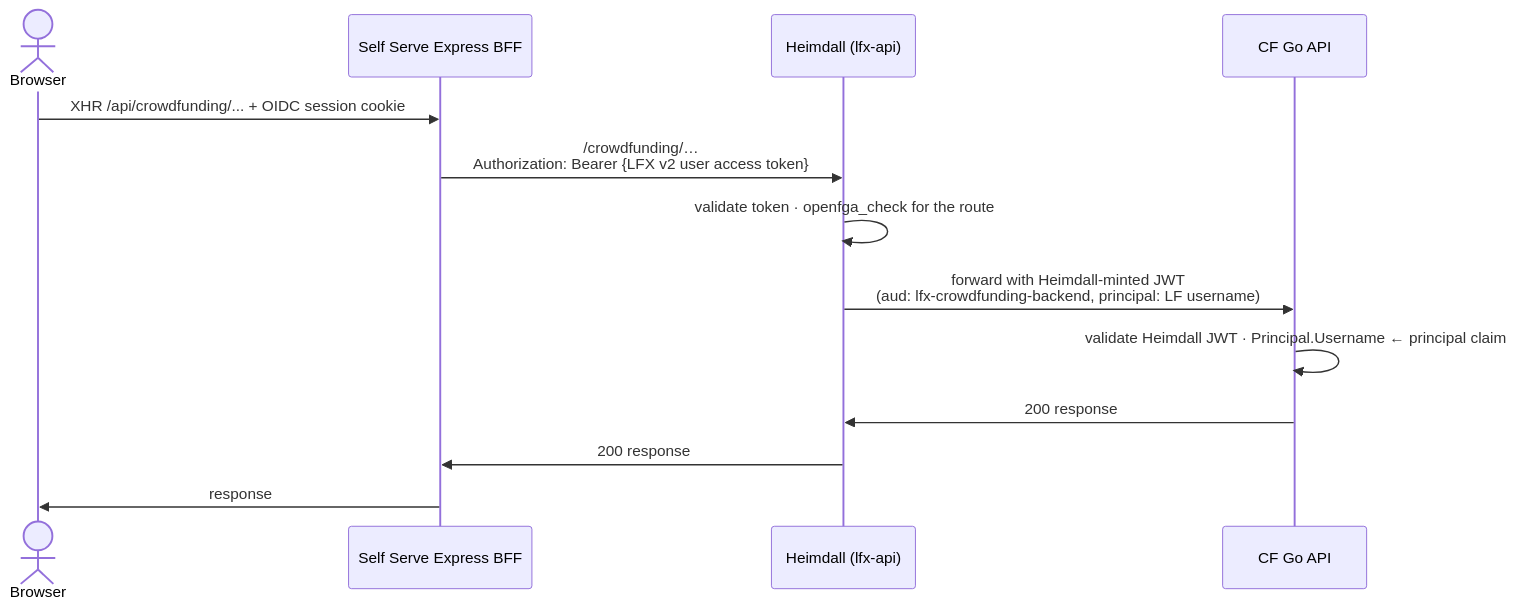
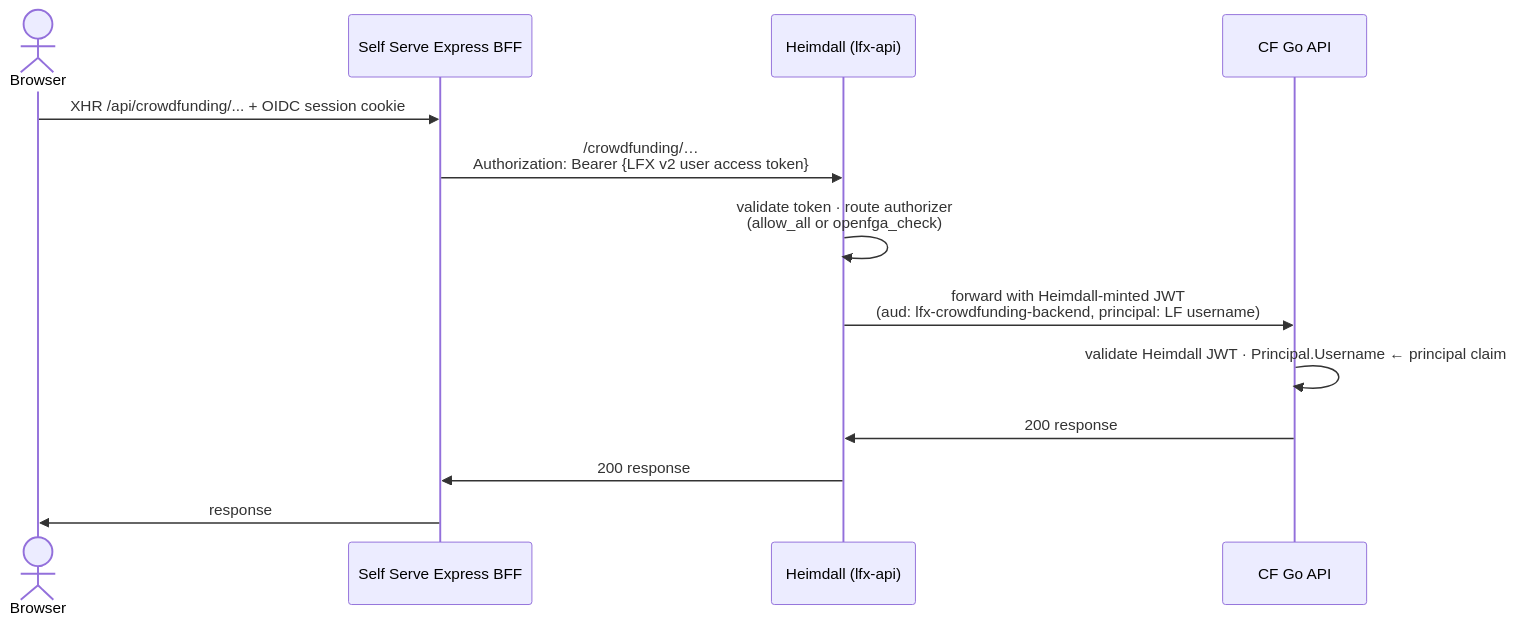
The fifth of 8 diagrams in docs/authentication-architecture.md (linuxfoundation/lfx-crowdfunding), drawn with Mermaid before and after one commit. The commit also changed other lines of this file and 1 other file, not shown here.

````diff
--- a/docs/authentication-architecture.md
+++ b/docs/authentication-architecture.md
@@ -205,16 +207,16 @@
 ```mermaid
 sequenceDiagram
     actor User as Browser
     participant SSBFF as Self Serve Express BFF
     participant GW as Heimdall (lfx-api)
     participant API as CF Go API
 
     User->>SSBFF: XHR /api/crowdfunding/... + OIDC session cookie
     SSBFF->>GW: /crowdfunding/…<br/>Authorization: Bearer {LFX v2 user access token}
-    GW->>GW: validate token · openfga_check for the route
+    GW->>GW: validate token · route authorizer<br/>(allow_all or openfga_check)
     GW->>API: forward with Heimdall-minted JWT<br/>(aud: lfx-crowdfunding-backend, principal: LF username)
     API->>API: validate Heimdall JWT · Principal.Username ← principal claim
     API->>GW: 200 response
     GW->>SSBFF: 200 response
     SSBFF->>User: response
 ```
````
